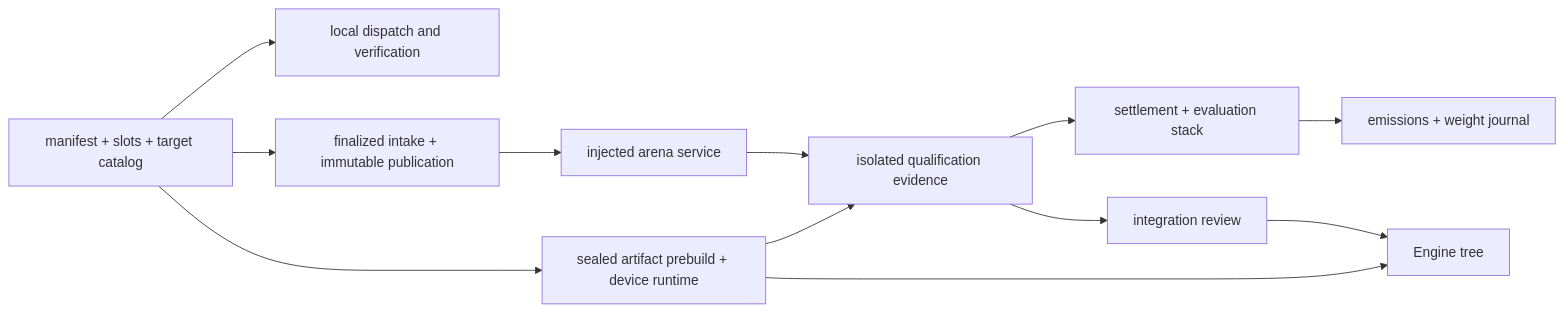
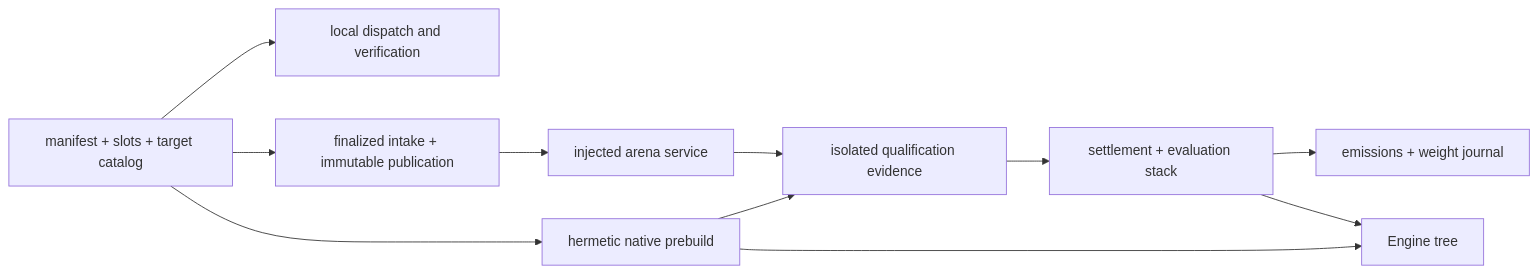
The diagram in docs/reference/codebase-map.md (latent-to/cacheon), drawn with Mermaid before and after one commit. The commit also changed other lines of this file and 433 other files, not shown here.

````diff
--- a/docs/reference/codebase-map.md
+++ b/docs/reference/codebase-map.md
@@ -13,14 +13,13 @@
 ```mermaid
 flowchart LR
     M["manifest + slots + target catalog"] --> D["local dispatch and verification"]
-    M --> N["sealed artifact prebuild + device runtime"]
+    M --> N["hermetic native prebuild"]
     M --> I["finalized intake + immutable publication"]
     I --> A["injected arena service"]
     A --> Q["isolated qualification evidence"]
     Q --> S["settlement + evaluation stack"]
     S --> W["emissions + weight journal"]
-    Q --> R["integration review"]
-    R --> E["Engine tree"]
+    S --> E["Engine tree"]
     N --> Q
     N --> E
 ```
````
